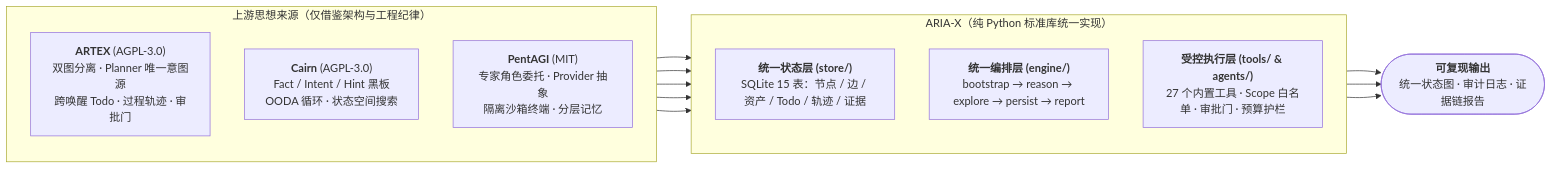
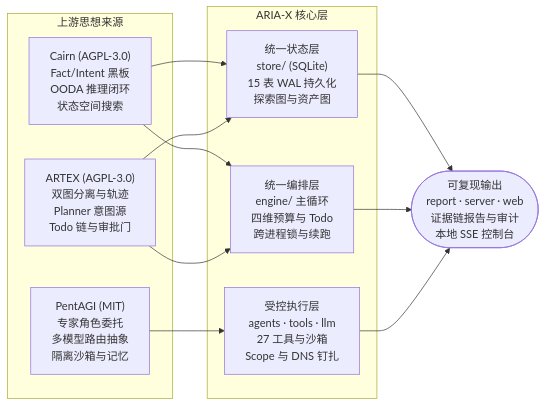
Before and after one commit to 01NGVI-QINGYI/ARIA-X: the first of 2 diagrams in README.md, drawn with Mermaid. The commit also changed other lines of this file and 4 other files, not shown here.

First line of the commit message:
docs: align architecture diagrams across the three READMEs

````diff
--- a/README.md
+++ b/README.md
@@ -53,20 +55,25 @@
 ```mermaid
 flowchart LR
-    subgraph UP["上游思想来源（仅借鉴架构与工程纪律）"]
-        direction TB
-        A["<b>ARTEX</b> (AGPL-3.0)<br/>双图分离 · Planner 唯一意图源<br/>跨唤醒 Todo · 过程轨迹 · 审批门"]
-        C["<b>Cairn</b> (AGPL-3.0)<br/>Fact / Intent / Hint 黑板<br/>OODA 循环 · 状态空间搜索"]
-        P["<b>PentAGI</b> (MIT)<br/>专家角色委托 · Provider 抽象<br/>隔离沙箱终端 · 分层记忆"]
+    subgraph UP["上游思想来源"]
+        C["Cairn (AGPL-3.0)<br/>Fact/Intent 黑板<br/>OODA 推理闭环<br/>状态空间搜索"]
+        A["ARTEX (AGPL-3.0)<br/>双图分离与轨迹<br/>Planner 意图源<br/>Todo 链与审批门"]
+        P["PentAGI (MIT)<br/>专家角色委托<br/>多模型路由抽象<br/>隔离沙箱与记忆"]
     end
 
-    subgraph CORE["ARIA-X（纯 Python 标准库统一实现）"]
-        direction TB
-        ST["<b>统一状态层 (store/)</b><br/>SQLite 15 表：节点 / 边 / 资产 / Todo / 轨迹 / 证据"]
-        OR["<b>统一编排层 (engine/)</b><br/>bootstrap → reason → explore → persist → report"]
-        EX["<b>受控执行层 (tools/ & agents/)</b><br/>27 个内置工具 · Scope 白名单 · 审批门 · 预算护栏"]
+    subgraph CORE["ARIA-X 核心层"]
+        ST["统一状态层<br/>store/ (SQLite)<br/>15 表 WAL 持久化<br/>探索图与资产图"]
+        OR["统一编排层<br/>engine/ 主循环<br/>四维预算与 Todo<br/>跨进程锁与续跑"]
+        EX["受控执行层<br/>agents · tools · llm<br/>27 工具与沙箱<br/>Scope 与 DNS 钉扎"]
     end
 
-    A & C --> ST & OR
+    OUT(["可复现输出<br/>report · server · web<br/>证据链报告与审计<br/>本地 SSE 控制台"])
+
+    C --> ST
+    C --> OR
+    A --> ST
+    A --> OR
     P --> EX
-    ST & OR & EX --> OUT(["<b>可复现输出</b><br/>统一状态图 · 审计日志 · 证据链报告"])
+    ST --> OUT
+    OR --> OUT
+    EX --> OUT
 ```
````
